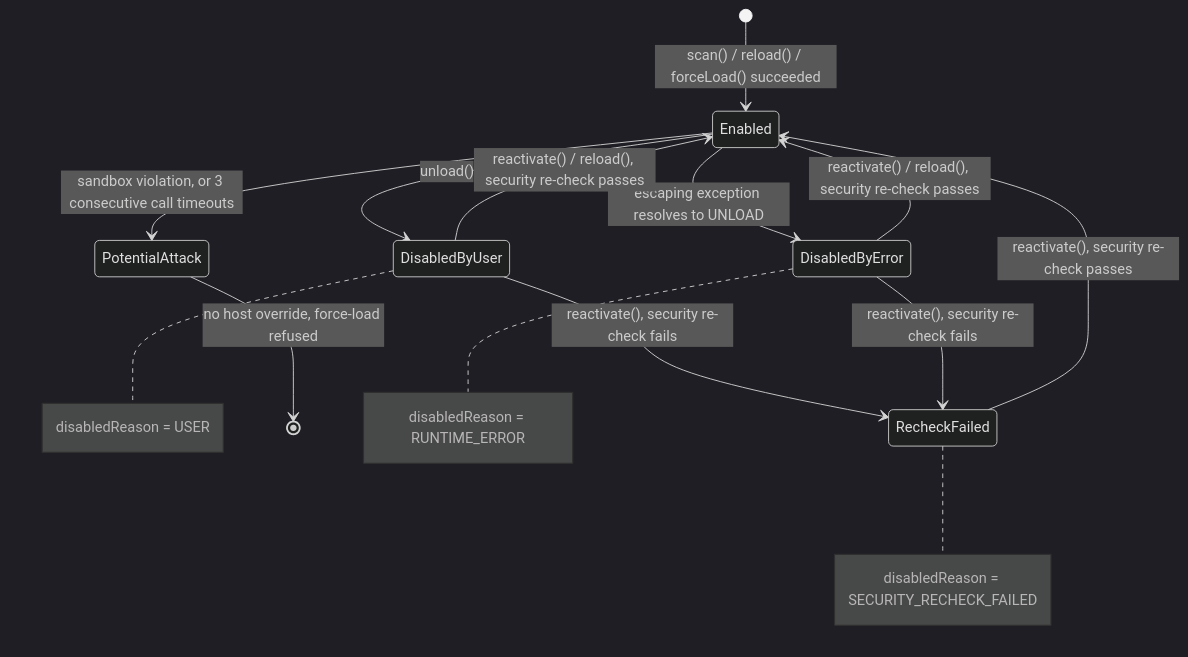
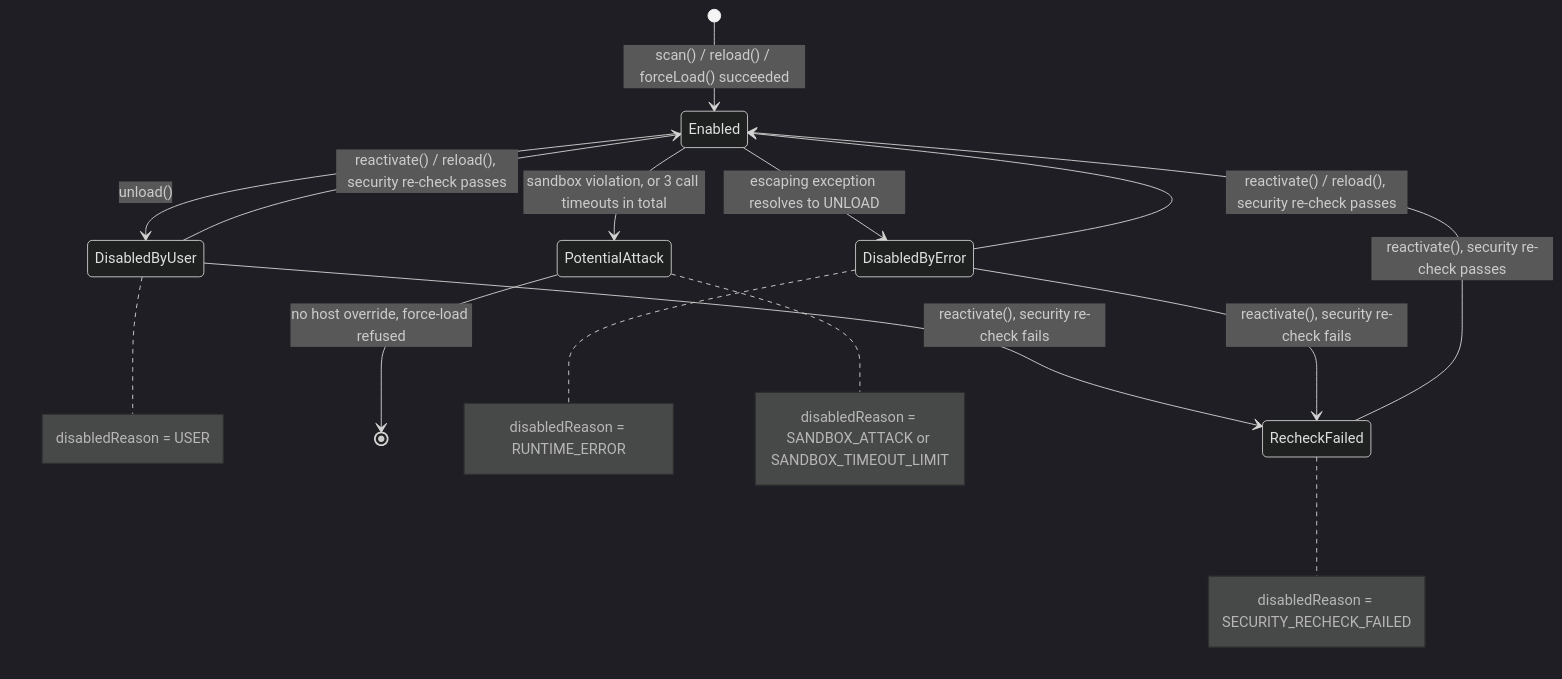
One commit to KleinerHacker/pluggiat changed the first of 2 diagrams in docs/docs/host-integration/plugin-lifecycle-management.md. Above: the diagram before and after it, drawn with Mermaid (dark theme). The commit also changed other lines of this file and 84 other files, not shown here.

````diff
--- a/docs/docs/host-integration/plugin-lifecycle-management.md
+++ b/docs/docs/host-integration/plugin-lifecycle-management.md
@@ -7,25 +7,28 @@
 ```mermaid
 stateDiagram-v2
     [*] --> Enabled: scan() / reload() / forceLoad() succeeded
     Enabled --> DisabledByUser: unload()
     Enabled --> DisabledByError: escaping exception resolves to UNLOAD
-    Enabled --> PotentialAttack: sandbox violation, or 3 consecutive call timeouts
+    Enabled --> PotentialAttack: sandbox violation, or 3 call timeouts in total
 
     DisabledByUser --> Enabled: reactivate() / reload(), security re-check passes
     DisabledByUser --> RecheckFailed: reactivate(), security re-check fails
     DisabledByError --> Enabled: reactivate() / reload(), security re-check passes
     DisabledByError --> RecheckFailed: reactivate(), security re-check fails
     RecheckFailed --> Enabled: reactivate(), security re-check passes
 
     PotentialAttack --> [*]: no host override, force-load refused
 
     note right of DisabledByUser
         disabledReason = USER
     end note
     note right of DisabledByError
         disabledReason = RUNTIME_ERROR
     end note
     note right of RecheckFailed
         disabledReason = SECURITY_RECHECK_FAILED
     end note
+    note right of PotentialAttack
+        disabledReason = SANDBOX_ATTACK or SANDBOX_TIMEOUT_LIMIT
+    end note
 ```
````
